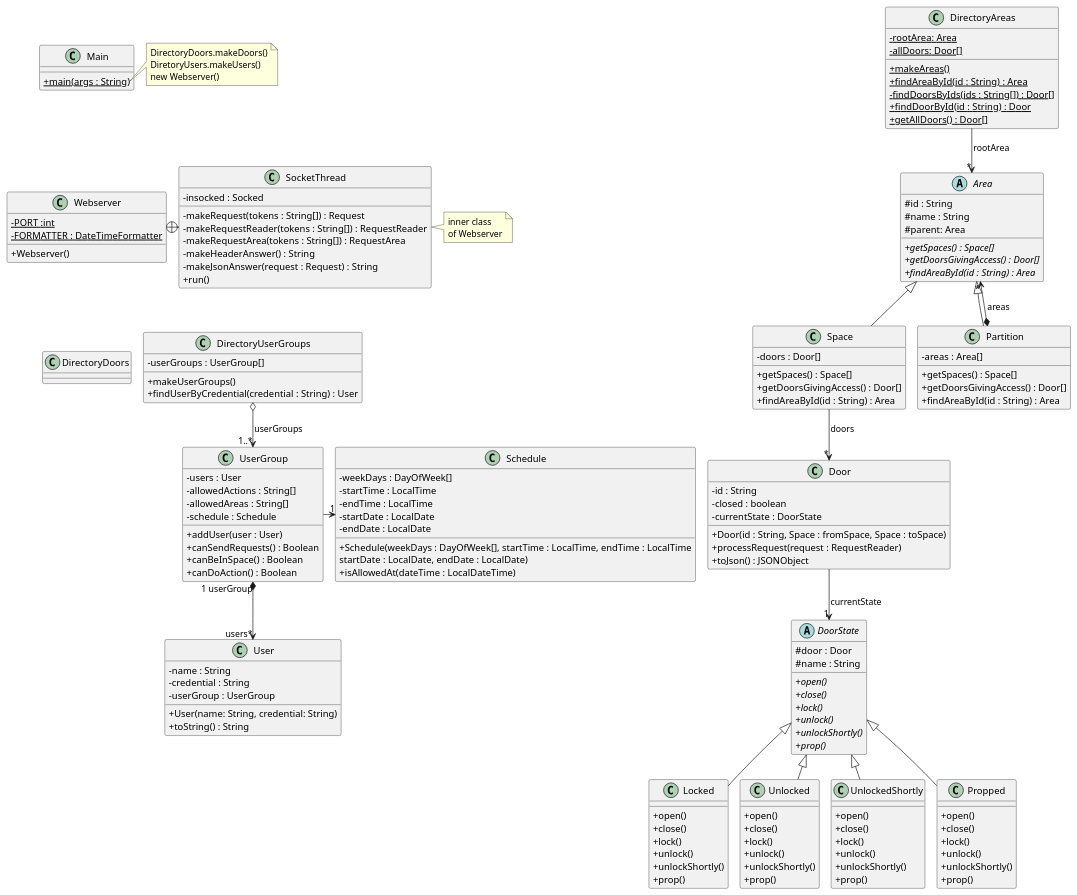
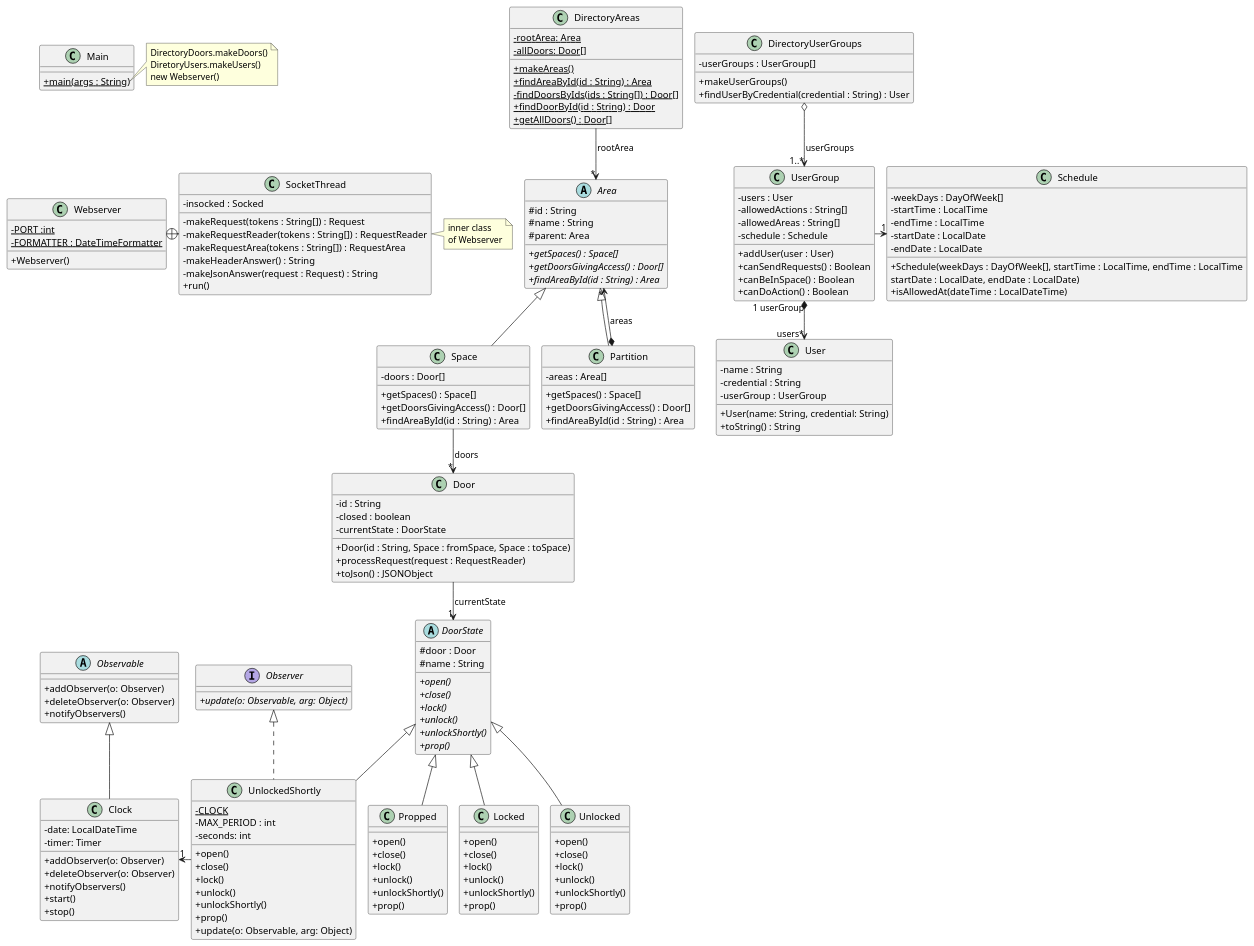
The diagram in src/baseNoStates/uml/base_no_states.puml (cantepoler/acs_uab), drawn with PlantUML before and after one commit. The commit also changed 5 other files, not shown here.

```diff
--- a/src/baseNoStates/uml/base_no_states.puml
+++ b/src/baseNoStates/uml/base_no_states.puml
@@ -130,13 +130,21 @@
 + prop()
 }
 
-class UnlockedShortly extends DoorState{
+interface Observer{
+{abstract}+ update(o: Observable, arg: Object)
+}
+
+class UnlockedShortly extends DoorState implements Observer{
+{static}- CLOCK
+-MAX_PERIOD : int
+-seconds: int
 + open()
 + close()
 + lock()
 + unlock()
 + unlockShortly()
 + prop()
++ update(o: Observable, arg: Object)
 }
 
 class Propped extends DoorState{
@@ -171,6 +179,24 @@
 + findAreaById(id : String) : Area
 }
 
+abstract Observable {
++addObserver(o: Observer)
++deleteObserver(o: Observer)
++notifyObservers()
+}
+
+class Clock extends Observable {
+-date: LocalDateTime
+-timer: Timer
++addObserver(o: Observer)
++deleteObserver(o: Observer)
++notifyObservers()
++start()
++stop()
+}
+
+UnlockedShortly -left->"1" Clock
+
 note right of Main::main
 DirectoryDoors.makeDoors()
 DiretoryUsers.makeUsers()
@@ -178,8 +204,6 @@
 end note
 
 Main -[hidden]down- Webserver
-Webserver -[hidden]down- DirectoryDoors
-DirectoryDoors -[hidden]right- DirectoryUserGroups
 Door -->"1" DoorState : currentState
 Partition *-->"*" Area : areas
 Space -->"*" Door : doors
```
